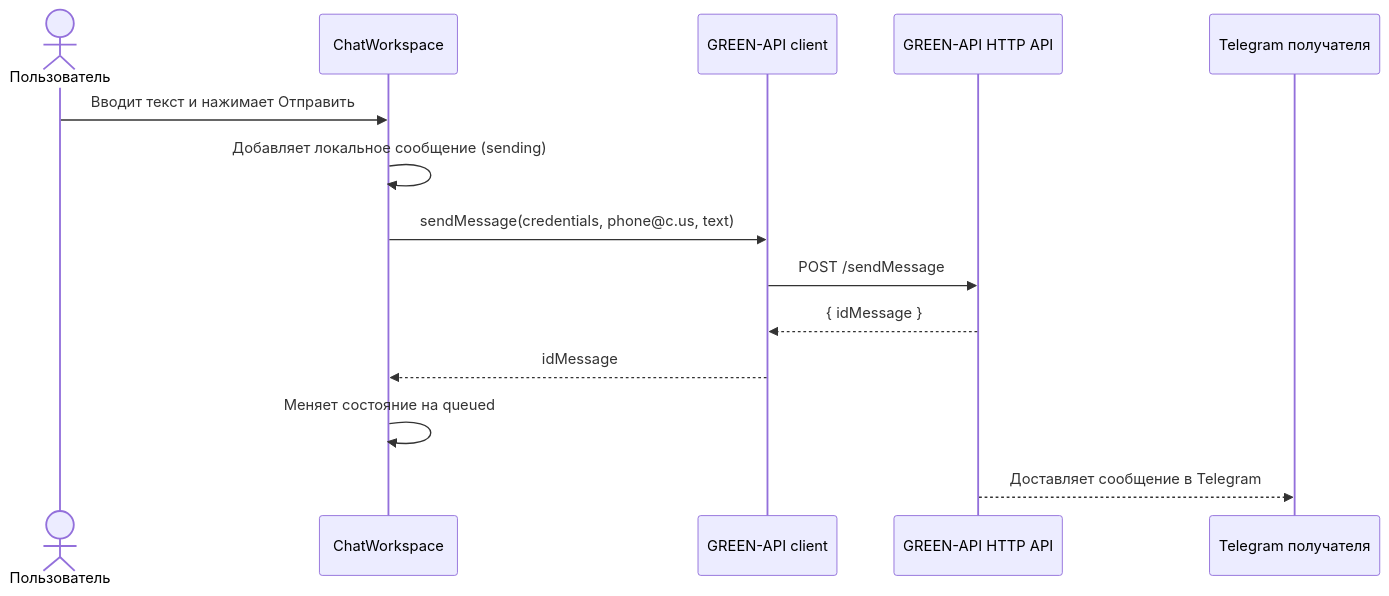
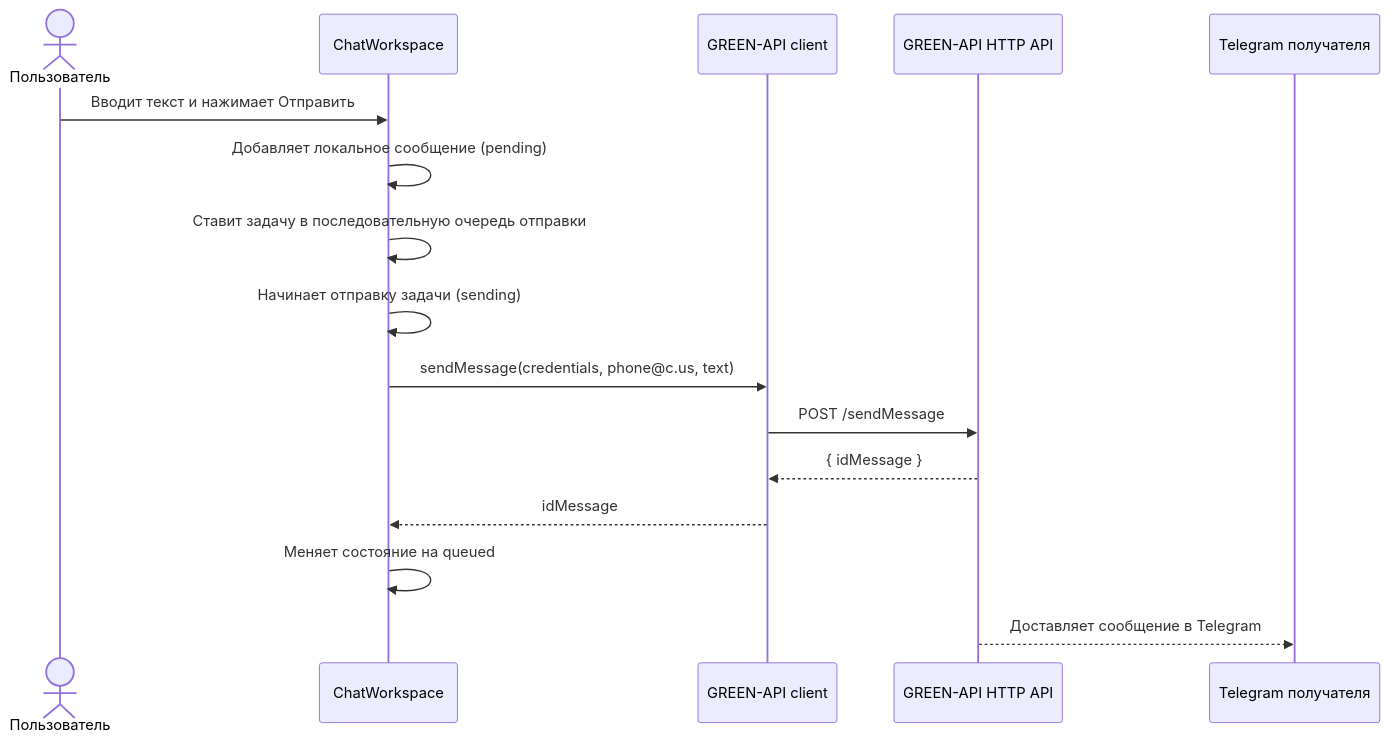
The fifth of 6 diagrams in docs/diagrams/README.md (vgratsilev/green-api-test), drawn with Mermaid before and after one commit. The commit also changed other lines of this file and 10 other files, not shown here.

Commit message:
docs: refresh chat demo and architecture guide

````diff
--- a/docs/diagrams/README.md
+++ b/docs/diagrams/README.md
@@ -157,17 +161,19 @@
 ```mermaid
 sequenceDiagram
   actor User as Пользователь
   participant UI as ChatWorkspace
   participant Client as GREEN-API client
   participant API as GREEN-API HTTP API
   participant Recipient as Telegram получателя
 
   User->>UI: Вводит текст и нажимает Отправить
-  UI->>UI: Добавляет локальное сообщение (sending)
+  UI->>UI: Добавляет локальное сообщение (pending)
+  UI->>UI: Ставит задачу в последовательную очередь отправки
+  UI->>UI: Начинает отправку задачи (sending)
   UI->>Client: sendMessage(credentials, phone@c.us, text)
   Client->>API: POST /sendMessage
   API-->>Client: { idMessage }
   Client-->>UI: idMessage
   UI->>UI: Меняет состояние на queued
   API-->>Recipient: Доставляет сообщение в Telegram
 ```
````
